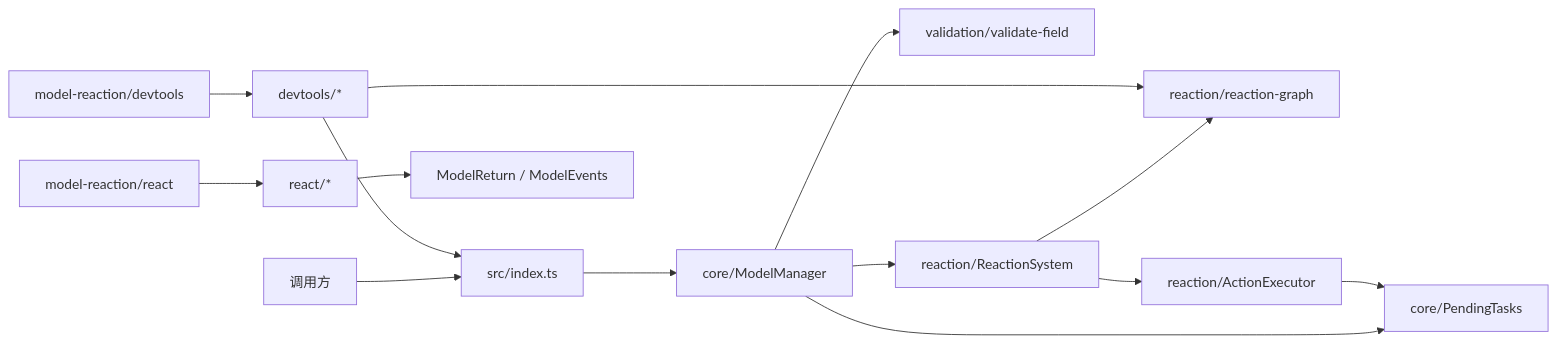
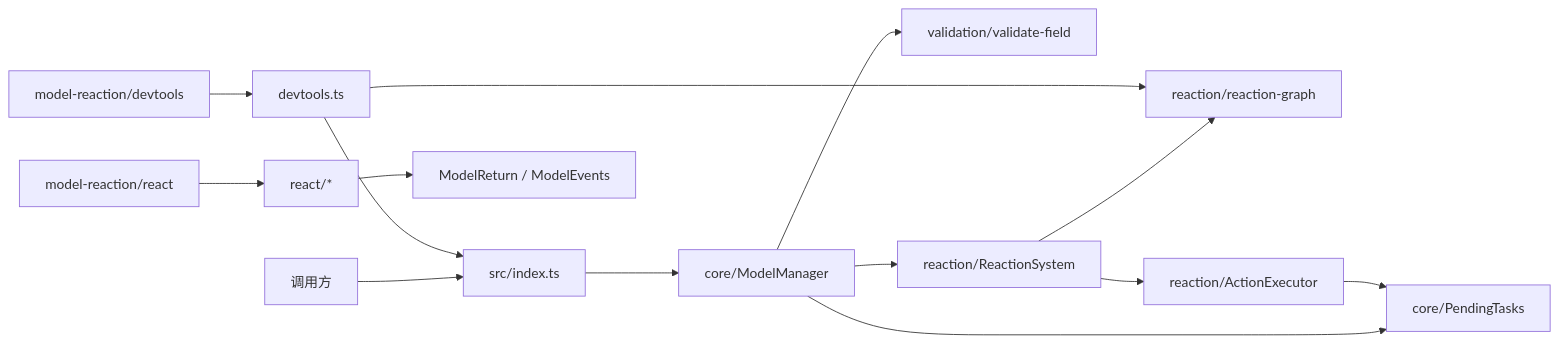
Before and after one commit to EdwardZZZ/model-reaction: the diagram in packages/model-reaction/docs/ARCHITECTURE_CN.md, drawn with Mermaid. The commit also changed other lines of this file and 44 other files, not shown here.

````diff
--- a/packages/model-reaction/docs/ARCHITECTURE_CN.md
+++ b/packages/model-reaction/docs/ARCHITECTURE_CN.md
@@ -10,16 +10,16 @@
 ```mermaid
 flowchart LR
     Consumer[调用方] --> Entry[src/index.ts]
     Entry --> Manager[core/ModelManager]
     Manager --> Validation[validation/validate-field]
     Manager --> Reaction[reaction/ReactionSystem]
     Manager --> Tasks[core/PendingTasks]
     Reaction --> Graph[reaction/reaction-graph]
     Reaction --> Actions[reaction/ActionExecutor]
     Actions --> Tasks
     ReactEntry[model-reaction/react] --> ReactAdapter[react/*]
     ReactAdapter --> PublicModel[ModelReturn / ModelEvents]
-    DevEntry[model-reaction/devtools] --> DevAdapter[devtools/*]
+    DevEntry[model-reaction/devtools] --> DevAdapter[devtools.ts]
     DevAdapter --> Entry
     DevAdapter --> Graph
 ```
````
